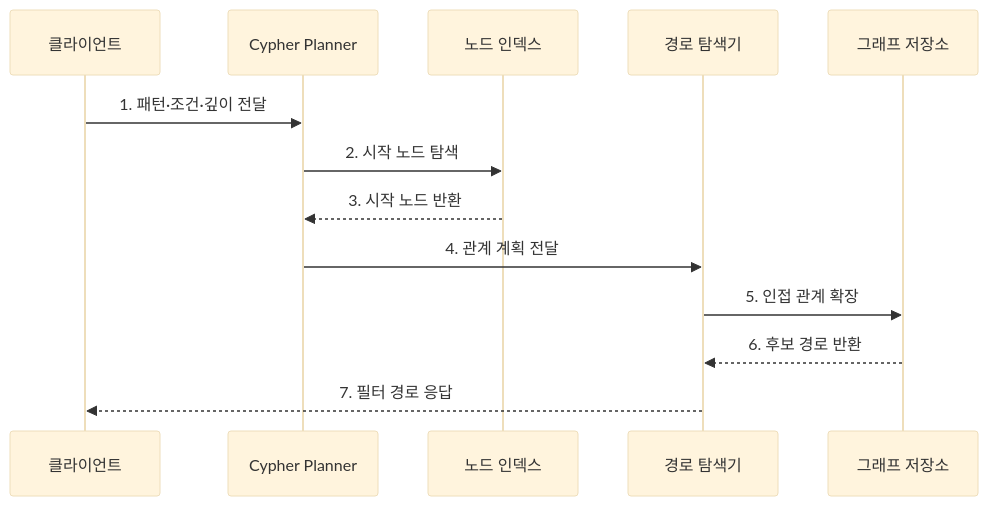
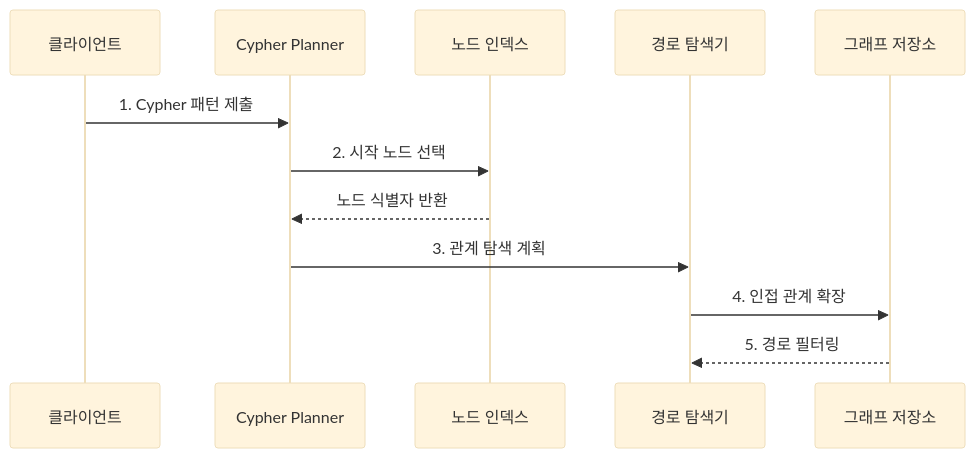
Before and after one commit to agnusdei1207/knowledge-base: the second of 2 diagrams in src/content/docs/notes/03-software/109_neo4j_graph_database.md, drawn with Mermaid (base theme). The commit also changed other lines of this file and 238 other files, not shown here.

````diff
--- a/src/content/docs/notes/03-software/109_neo4j_graph_database.md
+++ b/src/content/docs/notes/03-software/109_neo4j_graph_database.md
@@ -80,15 +80,14 @@
 ```mermaid
 sequenceDiagram
     participant C as 클라이언트
     participant P as Cypher Planner
     participant I as 노드 인덱스
     participant T as 경로 탐색기
     participant G as 그래프 저장소
-    C->>P: 1. 패턴·조건·깊이 전달
-    P->>I: 2. 시작 노드 탐색
-    I-->>P: 3. 시작 노드 반환
-    P->>T: 4. 관계 계획 전달
-    T->>G: 5. 인접 관계 확장
-    G-->>T: 6. 후보 경로 반환
-    T-->>C: 7. 필터 경로 응답
+    C->>P: 1. Cypher 패턴 제출
+    P->>I: 2. 시작 노드 선택
+    I-->>P: 노드 식별자 반환
+    P->>T: 3. 관계 탐색 계획
+    T->>G: 4. 인접 관계 확장
+    G-->>T: 5. 경로 필터링
 ```
````
